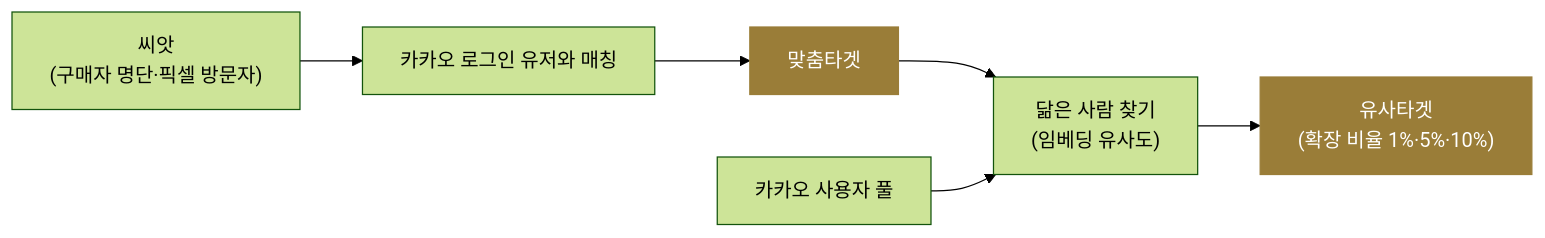
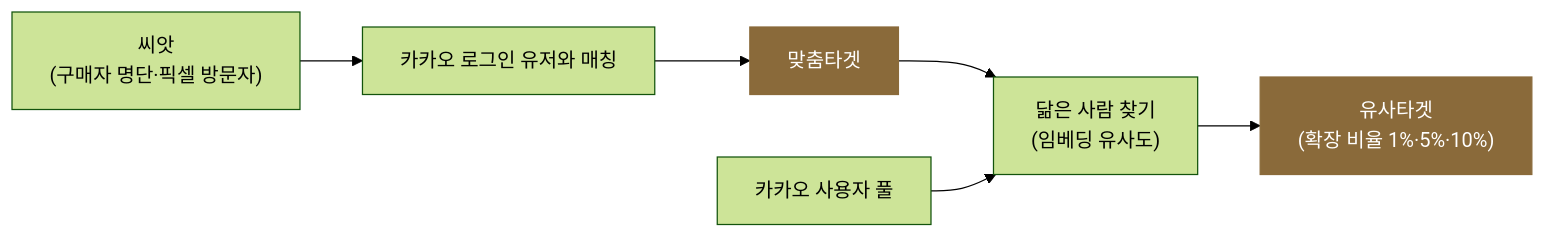
The second of 2 diagrams in posts/kakao-ads-prediction-targeting.md (chkimsu/adtech-blog), drawn with Mermaid (forest theme) before and after one commit. The commit also changed other lines of this file and 40 other files, not shown here.

````diff
--- a/posts/kakao-ads-prediction-targeting.md
+++ b/posts/kakao-ads-prediction-targeting.md
@@ -214,10 +214,10 @@
 ```mermaid
 graph LR
     SEED["씨앗<br/>(구매자 명단·픽셀 방문자)"] --> MATCH["카카오 로그인 유저와 매칭"]
     MATCH --> CUSTOM["맞춤타겟"]
     CUSTOM --> EXPAND["닮은 사람 찾기<br/>(임베딩 유사도)"]
     POOL["카카오 사용자 풀"] --> EXPAND
     EXPAND --> LAL["유사타겟<br/>(확장 비율 1%·5%·10%)"]
-    style CUSTOM fill:#9a7d38,stroke:#9a7d38,color:#fff
-    style LAL fill:#9a7d38,stroke:#9a7d38,color:#fff
+    style CUSTOM fill:#8a6a3a,stroke:#8a6a3a,color:#fff
+    style LAL fill:#8a6a3a,stroke:#8a6a3a,color:#fff
 ```
````
